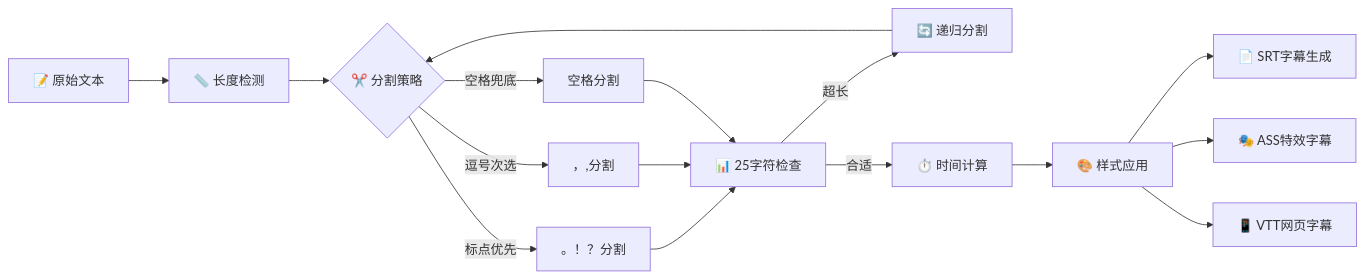
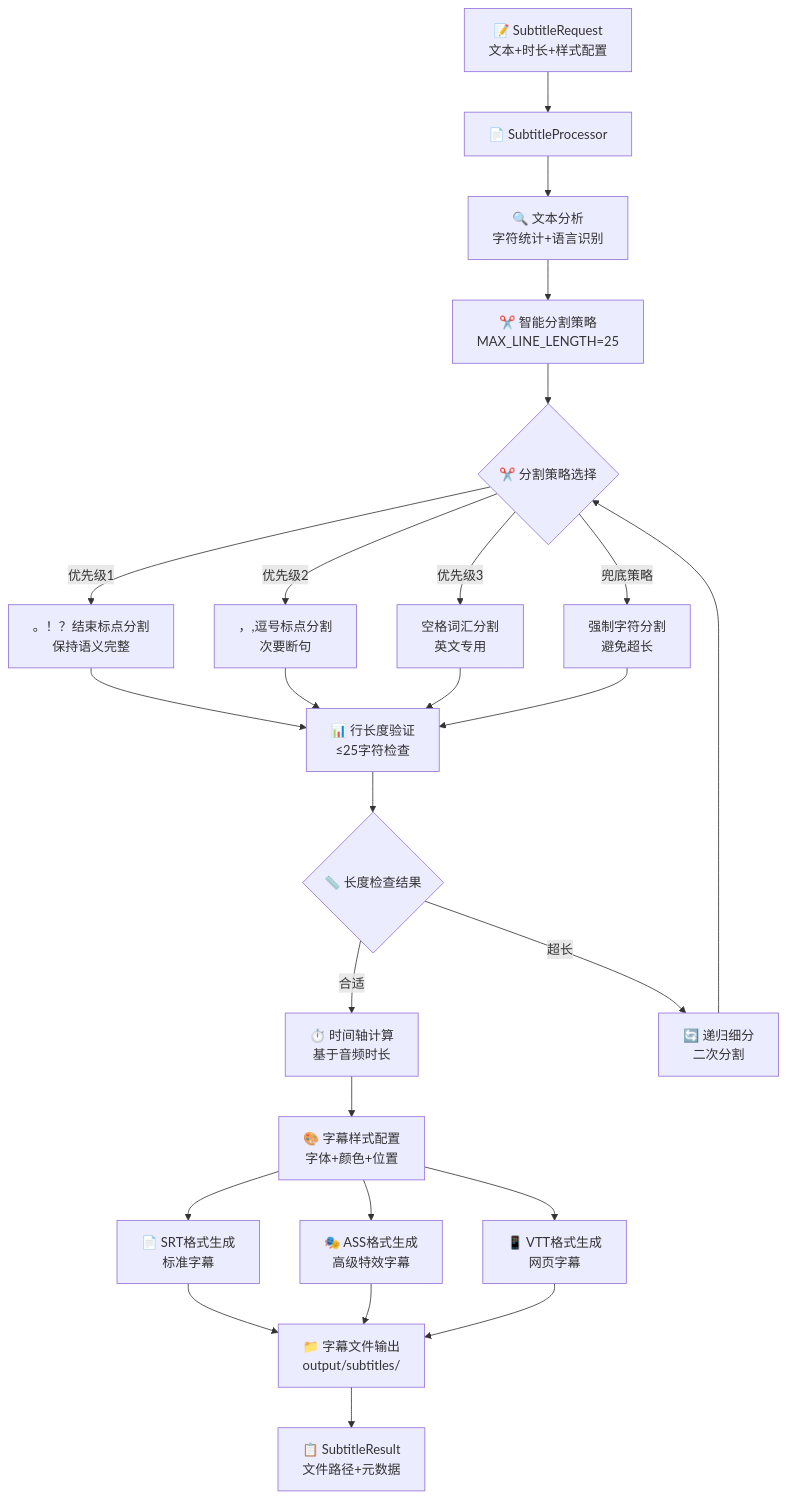
The ninth of 14 diagrams in WORKFLOW_DIAGRAM.md (qq1151131109/story_video_generator), drawn with Mermaid before and after one commit. The commit also changed other lines of this file and 3 other files, not shown here.

First line of the commit message:
🎨 优化图像提示词生成系统

````diff
--- a/WORKFLOW_DIAGRAM.md
+++ b/WORKFLOW_DIAGRAM.md
@@ -296,23 +460,40 @@
 ```mermaid
-graph LR
-    A[📝 原始文本] --> B[📏 长度检测]
-    B --> C{✂️ 分割策略}
+graph TB
+    %% 输入处理
+    A[📝 SubtitleRequest<br/>文本+时长+样式配置] --> B[📄 SubtitleProcessor]
     
-    C -->|标点优先| D[。！？分割]
-    C -->|逗号次选| E[，,分割]
-    C -->|空格兜底| F[空格分割]
+    %% 文本预处理
+    B --> C[🔍 文本分析<br/>字符统计+语言识别]
+    C --> D[✂️ 智能分割策略<br/>MAX_LINE_LENGTH=25]
     
-    D --> G[📊 25字符检查]
-    E --> G
-    F --> G
+    %% 分割算法选择
+    D --> E{✂️ 分割策略选择}
+    E -->|优先级1| F[。！？结束标点分割<br/>保持语义完整]
+    E -->|优先级2| G[，,逗号标点分割<br/>次要断句]
+    E -->|优先级3| H[空格词汇分割<br/>英文专用]
+    E -->|兜底策略| I[强制字符分割<br/>避免超长]
     
-    G -->|超长| H[🔄 递归分割]
-    G -->|合适| I[⏱️ 时间计算]
+    %% 长度验证和优化
+    F --> J[📊 行长度验证<br/>≤25字符检查]
+    G --> J
+    H --> J
+    I --> J
     
-    H --> C
-    I --> J[🎨 样式应用]
+    J --> K{📏 长度检查结果}
+    K -->|合适| L[⏱️ 时间轴计算<br/>基于音频时长]
+    K -->|超长| M[🔄 递归细分<br/>二次分割]
+    M --> E
     
-    J --> K[📄 SRT字幕生成]
-    J --> L[🎭 ASS特效字幕]
-    J --> M[📱 VTT网页字幕]
+    %% 字幕格式生成
+    L --> N[🎨 字幕样式配置<br/>字体+颜色+位置]
+    N --> O[📄 SRT格式生成<br/>标准字幕]
+    N --> P[🎭 ASS格式生成<br/>高级特效字幕]
+    N --> Q[📱 VTT格式生成<br/>网页字幕]
+    
+    %% 输出文件
+    O --> R[📁 字幕文件输出<br/>output/subtitles/]
+    P --> R
+    Q --> R
+    
+    R --> S[📋 SubtitleResult<br/>文件路径+元数据]
 ```
````
